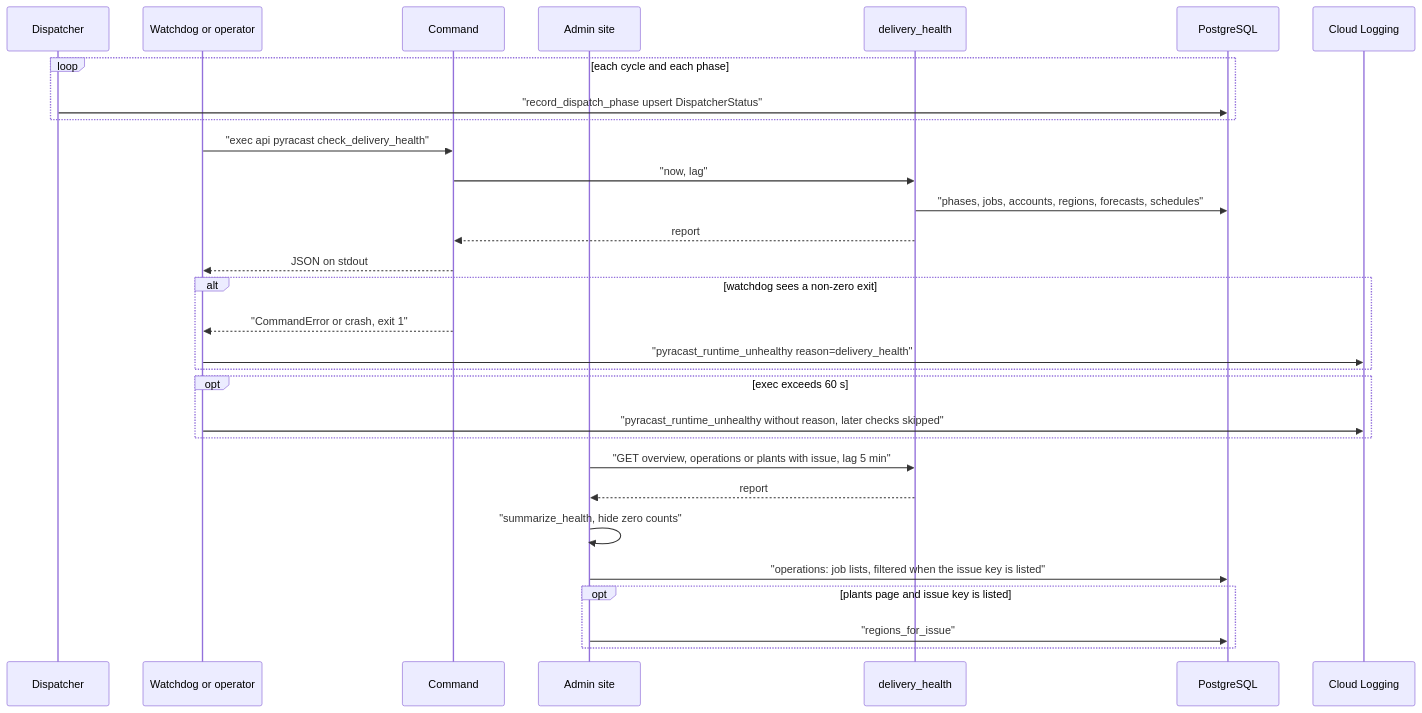
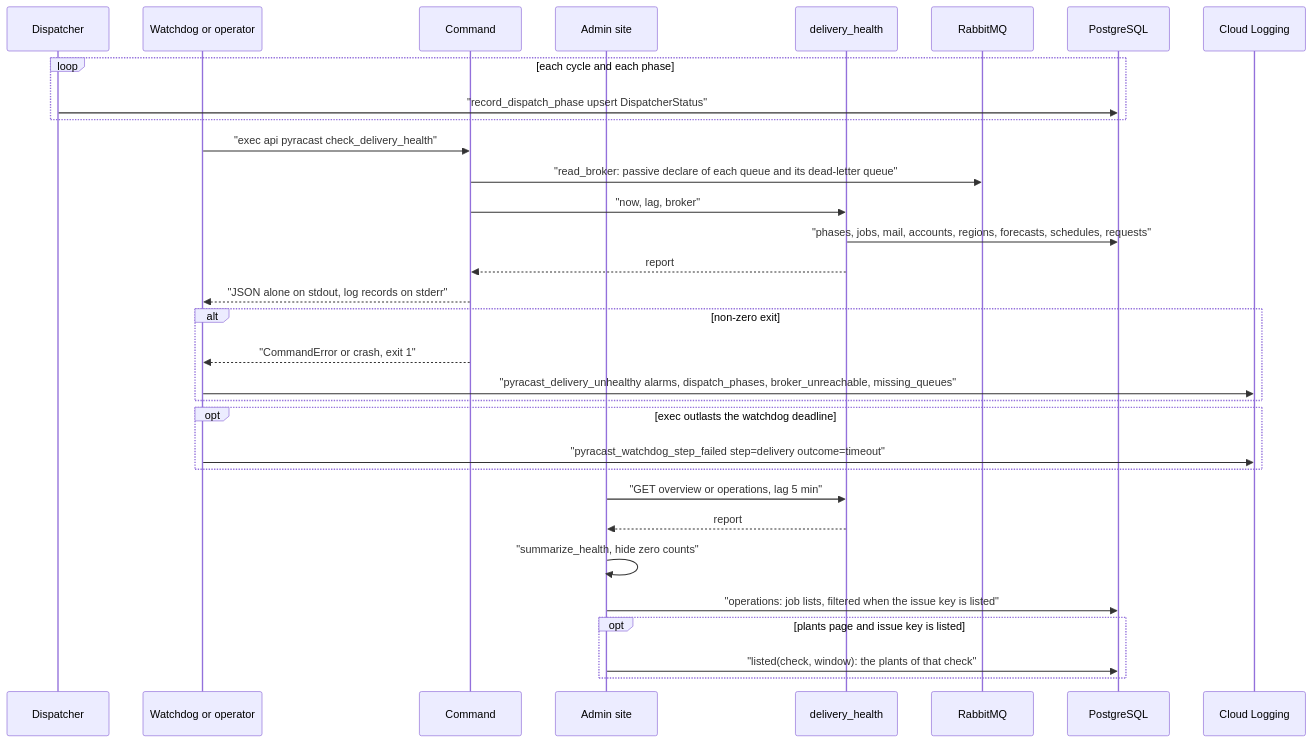
Before and after one commit to erkurtharun/pyracast: the diagram in docs/flows/delivery-health-check.md, drawn with Mermaid. The commit also changed other lines of this file and 85 other files, not shown here.

First line of the commit message:
Bring the flow pages in line with the code (#107)

````diff
--- a/docs/flows/delivery-health-check.md
+++ b/docs/flows/delivery-health-check.md
@@ -14,32 +14,34 @@
 ```mermaid
 sequenceDiagram
     participant D as Dispatcher
     participant W as Watchdog or operator
     participant C as Command
     participant A as Admin site
     participant H as delivery_health
+    participant B as RabbitMQ
     participant DB as PostgreSQL
     participant L as Cloud Logging
     loop each cycle and each phase
         D->>DB: "record_dispatch_phase upsert DispatcherStatus"
     end
     W->>C: "exec api pyracast check_delivery_health"
-    C->>H: "now, lag"
-    H->>DB: "phases, jobs, accounts, regions, forecasts, schedules"
+    C->>B: "read_broker: passive declare of each queue and its dead-letter queue"
+    C->>H: "now, lag, broker"
+    H->>DB: "phases, jobs, mail, accounts, regions, forecasts, schedules, requests"
     H-->>C: report
-    C-->>W: JSON on stdout
-    alt watchdog sees a non-zero exit
+    C-->>W: "JSON alone on stdout, log records on stderr"
+    alt non-zero exit
         C-->>W: "CommandError or crash, exit 1"
-        W->>L: "pyracast_runtime_unhealthy reason=delivery_health"
+        W->>L: "pyracast_delivery_unhealthy alarms, dispatch_phases, broker_unreachable, missing_queues"
     end
-    opt exec exceeds 60 s
-        W->>L: "pyracast_runtime_unhealthy without reason, later checks skipped"
+    opt exec outlasts the watchdog deadline
+        W->>L: "pyracast_watchdog_step_failed step=delivery outcome=timeout"
     end
-    A->>H: "GET overview, operations or plants with issue, lag 5 min"
+    A->>H: "GET overview or operations, lag 5 min"
     H-->>A: report
     A->>A: "summarize_health, hide zero counts"
     A->>DB: "operations: job lists, filtered when the issue key is listed"
     opt plants page and issue key is listed
-        A->>DB: "regions_for_issue"
+        A->>DB: "listed(check, window): the plants of that check"
     end
 ```
````
